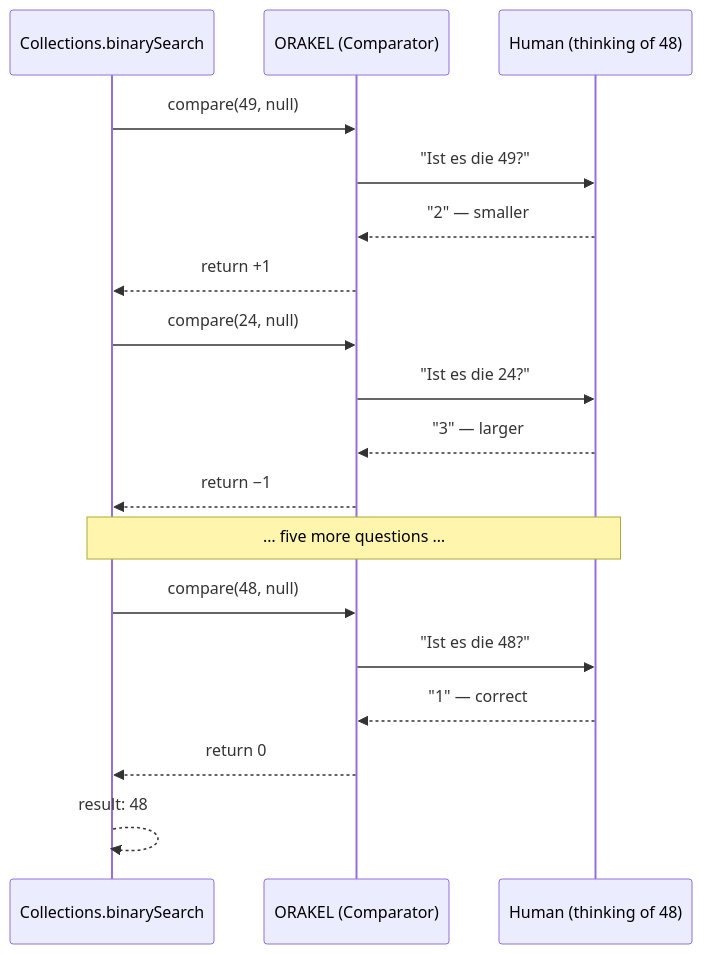
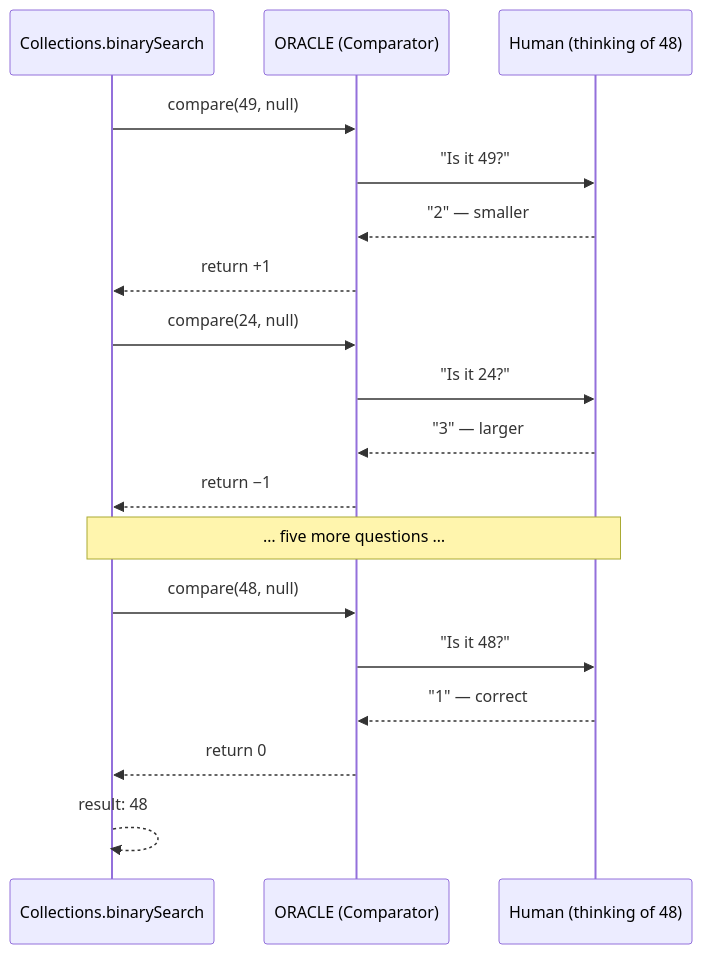
The diagram in docs/05-ilovemyteacher.md (Bissbert/zahlenraten), drawn with Mermaid before and after one commit. The commit also changed other lines of this file and 21 other files, not shown here.

````diff
--- a/docs/05-ilovemyteacher.md
+++ b/docs/05-ilovemyteacher.md
@@ -23,21 +23,21 @@
 ```mermaid
 sequenceDiagram
     participant C as Collections.binarySearch
-    participant O as ORAKEL (Comparator)
+    participant O as ORACLE (Comparator)
     participant M as Human (thinking of 48)
 
     C->>O: compare(49, null)
-    O->>M: "Ist es die 49?"
+    O->>M: "Is it 49?"
     M-->>O: "2" — smaller
     O-->>C: return +1
     C->>O: compare(24, null)
-    O->>M: "Ist es die 24?"
+    O->>M: "Is it 24?"
     M-->>O: "3" — larger
     O-->>C: return −1
     Note over C,M: … five more questions …
     C->>O: compare(48, null)
-    O->>M: "Ist es die 48?"
+    O->>M: "Is it 48?"
     M-->>O: "1" — correct
     O-->>C: return 0
     C-->>C: result: 48
 ```
````
